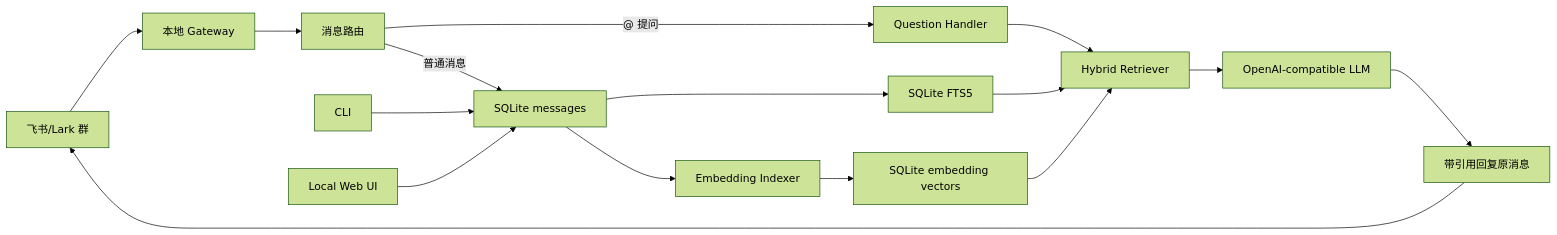
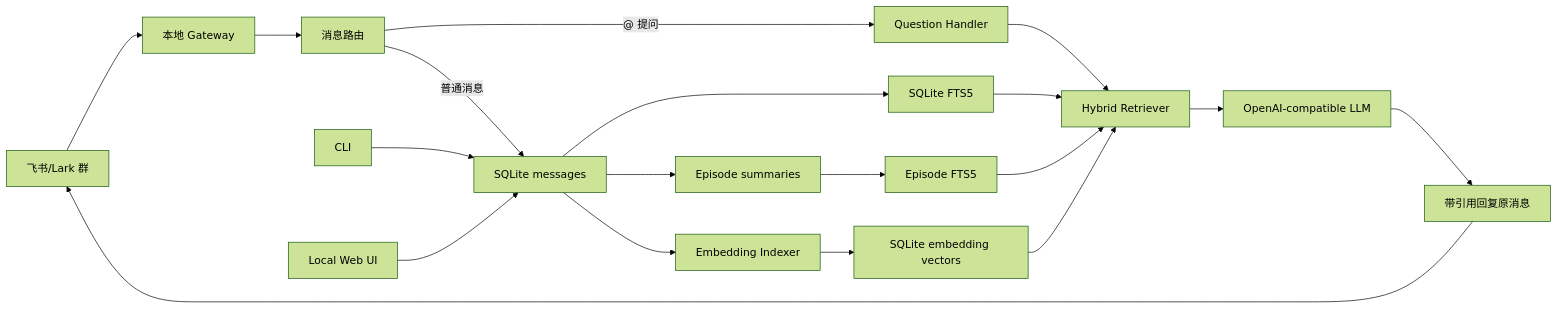
One commit to FlashingChen2024/chattercatcher changed the diagram in README.md. Above: the diagram before and after it, drawn with Mermaid (forest theme). The commit also changed other lines of this file, not shown here.

````diff
--- a/README.md
+++ b/README.md
@@ -127,21 +136,24 @@
 ```mermaid
 flowchart LR
   Feishu["飞书/Lark 群"] --> Gateway["本地 Gateway"]
   Gateway --> Router["消息路由"]
 
   Router -->|"普通消息"| SQLite["SQLite messages"]
+  SQLite --> Episode["Episode summaries"]
   SQLite --> FTS["SQLite FTS5"]
+  Episode --> EpisodeFTS["Episode FTS5"]
   SQLite --> Indexer["Embedding Indexer"]
   Indexer --> Vectors["SQLite embedding vectors"]
 
   Router -->|"@ 提问"| QA["Question Handler"]
   QA --> Hybrid["Hybrid Retriever"]
   FTS --> Hybrid
+  EpisodeFTS --> Hybrid
   Vectors --> Hybrid
   Hybrid --> LLM["OpenAI-compatible LLM"]
   LLM --> Reply["带引用回复原消息"]
   Reply --> Feishu
 
   CLI["CLI"] --> SQLite
   Web["Local Web UI"] --> SQLite
 ```
````
